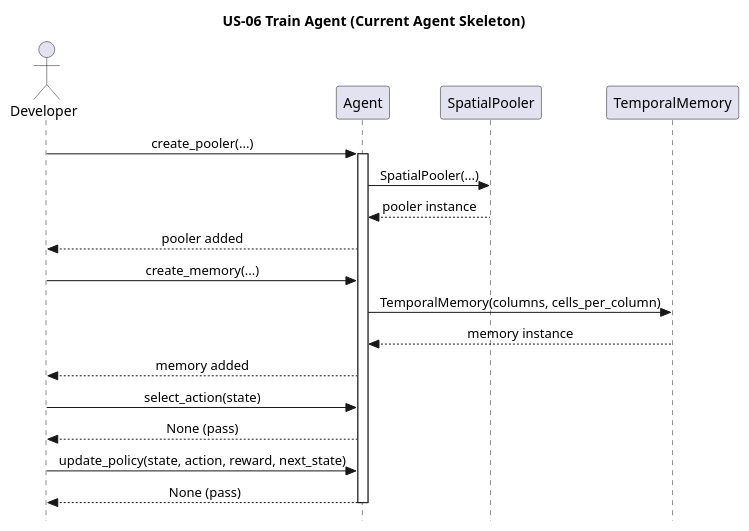
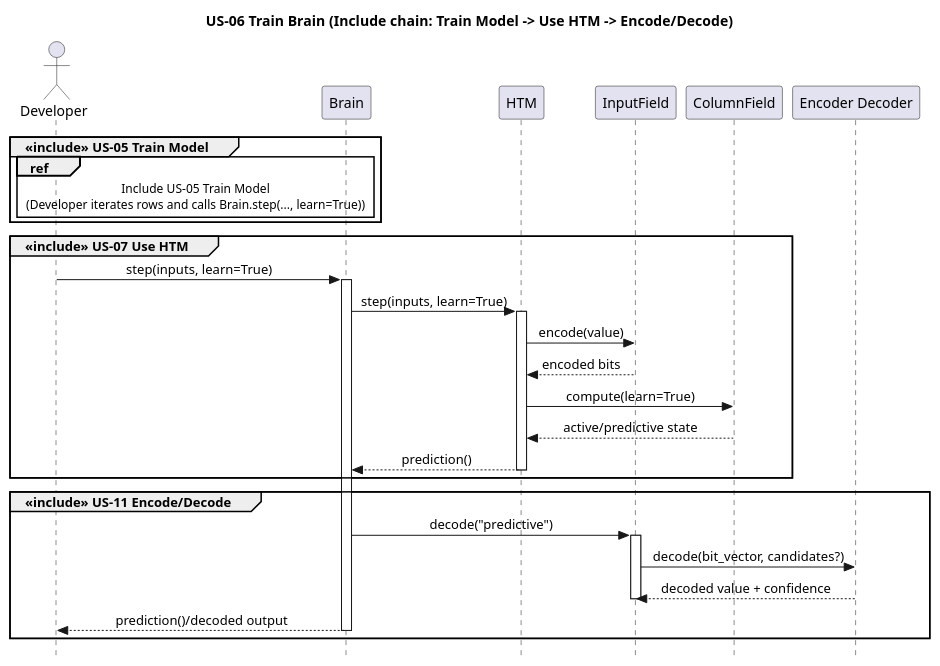
Before and after one commit to egrembocki/htmrl: the diagram in docs/puml/US/us-06.puml, drawn with PlantUML. The commit also changed 6 other files, not shown here.

```diff
--- a/docs/puml/US/us-06.puml
+++ b/docs/puml/US/us-06.puml
@@ -1,30 +1,44 @@
 @startuml
 skinparam style strictuml
 skinparam sequenceMessageAlign center
 skinparam responseMessageBelowArrow true
-title US-06 Train Agent (Current Agent Skeleton)
+title US-06 Train Brain (Include chain: Train Model -> Use HTM -> Encode/Decode)
 
 actor Developer
-participant "Agent" as AG
-participant "SpatialPooler" as SP
-participant "TemporalMemory" as TM
+participant "Brain" as B
+participant "HTM" as H
+participant "InputField" as IF
+participant "ColumnField" as CF
+participant "Encoder Decoder" as ENC
 
-Developer -> AG: create_pooler(...)
-activate AG
-AG -> SP: SpatialPooler(...)
-SP --> AG: pooler instance
-AG --> Developer: pooler added
+group <<include>> US-05 Train Model
+  ref over Developer,B
+    Include US-05 Train Model
+    (Developer iterates rows and calls Brain.step(..., learn=True))
+  end ref
+end
 
-Developer -> AG: create_memory(...)
-AG -> TM: TemporalMemory(columns, cells_per_column)
-TM --> AG: memory instance
-AG --> Developer: memory added
+group <<include>> US-07 Use HTM
+  Developer -> B: step(inputs, learn=True)
+  activate B
+  B -> H: step(inputs, learn=True)
+  activate H
+  H -> IF: encode(value)
+  IF --> H: encoded bits
+  H -> CF: compute(learn=True)
+  CF --> H: active/predictive state
+  H --> B: prediction()
+  deactivate H
+end
 
-Developer -> AG: select_action(state)
-AG --> Developer: None (pass)
+group <<include>> US-11 Encode/Decode
+  B -> IF: decode("predictive")
+  activate IF
+  IF -> ENC: decode(bit_vector, candidates?)
+  ENC --> IF: decoded value + confidence
+  deactivate IF
+  B --> Developer: prediction()/decoded output
+  deactivate B
+end
 
-Developer -> AG: update_policy(state, action, reward, next_state)
-AG --> Developer: None (pass)
-
-deactivate AG
 @enduml
```
